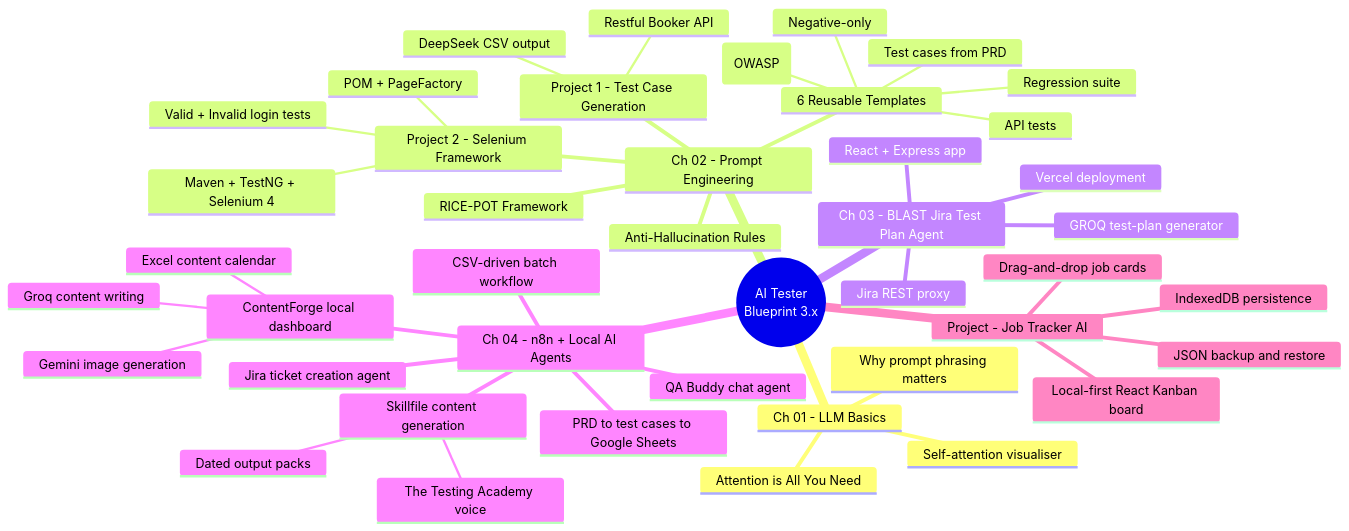
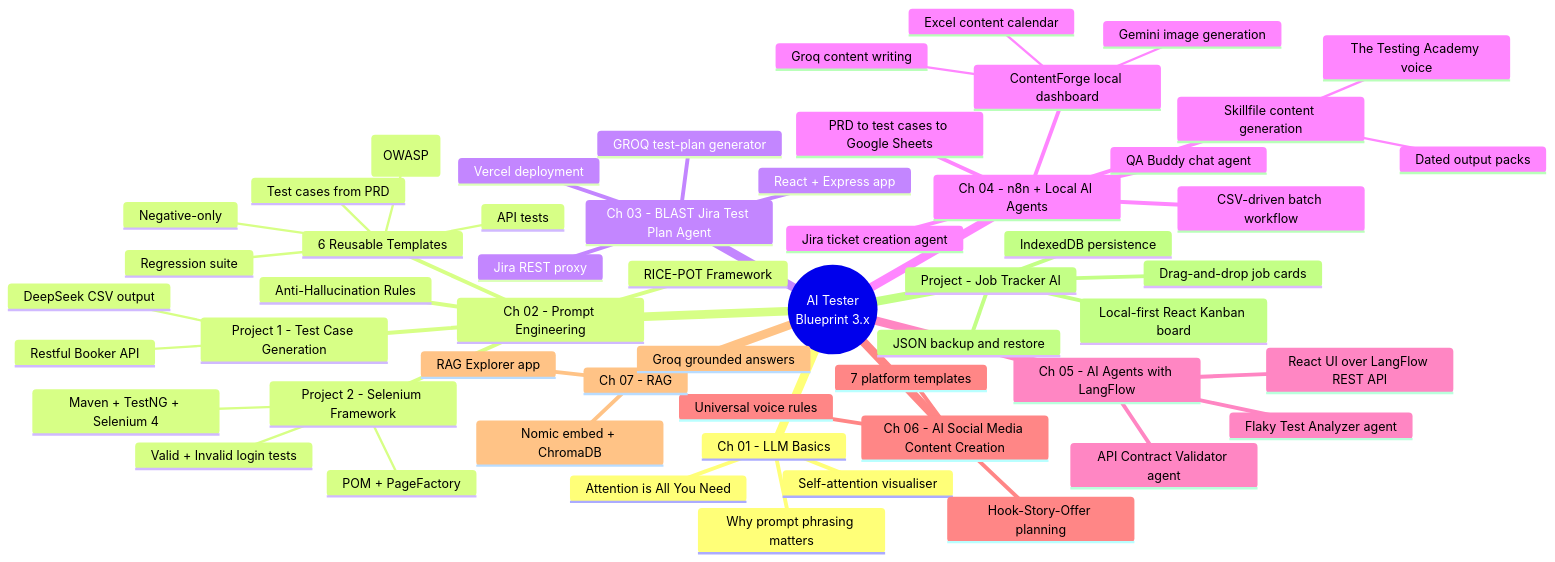
One commit to SathishQASelenium/AI3xBatch changed the first of 4 diagrams in README.md. Above: the diagram before and after it, drawn with Mermaid. The commit also changed other lines of this file and 32 other files, not shown here.

First line of the commit message:
Add chapter 06 (social content templates) and chapter 07 (RAG demo)

````diff
--- a/README.md
+++ b/README.md
@@ -14,46 +14,58 @@
 ```mermaid
 mindmap
   root((AI Tester<br/>Blueprint 3.x))
     Ch 01 - LLM Basics
       Attention is All You Need
       Self-attention visualiser
       Why prompt phrasing matters
     Ch 02 - Prompt Engineering
       Anti-Hallucination Rules
       RICE-POT Framework
       Project 1 - Test Case Generation
         Restful Booker API
         DeepSeek CSV output
       Project 2 - Selenium Framework
         Maven + TestNG + Selenium 4
         POM + PageFactory
         Valid + Invalid login tests
       6 Reusable Templates
         Test cases from PRD
         API tests
         Negative-only
         Security (OWASP)
         Regression suite
     Ch 03 - BLAST Jira Test Plan Agent
       React + Express app
       Jira REST proxy
       GROQ test-plan generator
       Vercel deployment
     Ch 04 - n8n + Local AI Agents
       QA Buddy chat agent
       Jira ticket creation agent
       PRD to test cases to Google Sheets
       CSV-driven batch workflow
       ContentForge local dashboard
         Groq content writing
         Gemini image generation
         Excel content calendar
       Skillfile content generation
         The Testing Academy voice
         Dated output packs
+    Ch 05 - AI Agents with LangFlow
+      Flaky Test Analyzer agent
+      API Contract Validator agent
+      React UI over LangFlow REST API
+    Ch 06 - AI Social Media Content Creation
+      Hook-Story-Offer planning
+      7 platform templates
+      Universal voice rules
+    Ch 07 - RAG
+      RAG Explorer app
+      Nomic embed + ChromaDB
+      Groq grounded answers
     Project - Job Tracker AI
       Local-first React Kanban board
       IndexedDB persistence
       Drag-and-drop job cards
       JSON backup and restore
 ```
````
